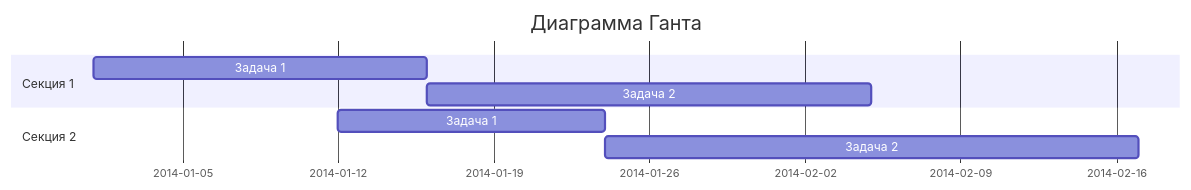
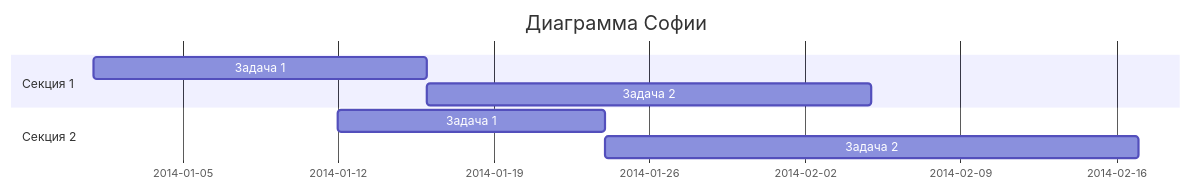
Before and after one commit to dmitrii-thera/sofia-repo: the first of 2 diagrams in README.md, drawn with Mermaid. The commit also changed other lines of this file, not shown here.

````diff
--- a/README.md
+++ b/README.md
@@ -3,11 +3,11 @@
 ```mermaid
 gantt
-    title Диаграмма Ганта
+    title Диаграмма Софии
     dateFormat  YYYY-MM-DD
     section Секция 1
     Задача 1         :a1, 2014-01-01, 15d
     Задача 2         :20d
     section Секция 2
     Задача 1         :2014-01-12  , 12d
     Задача 2         : 24d
 ```
````
